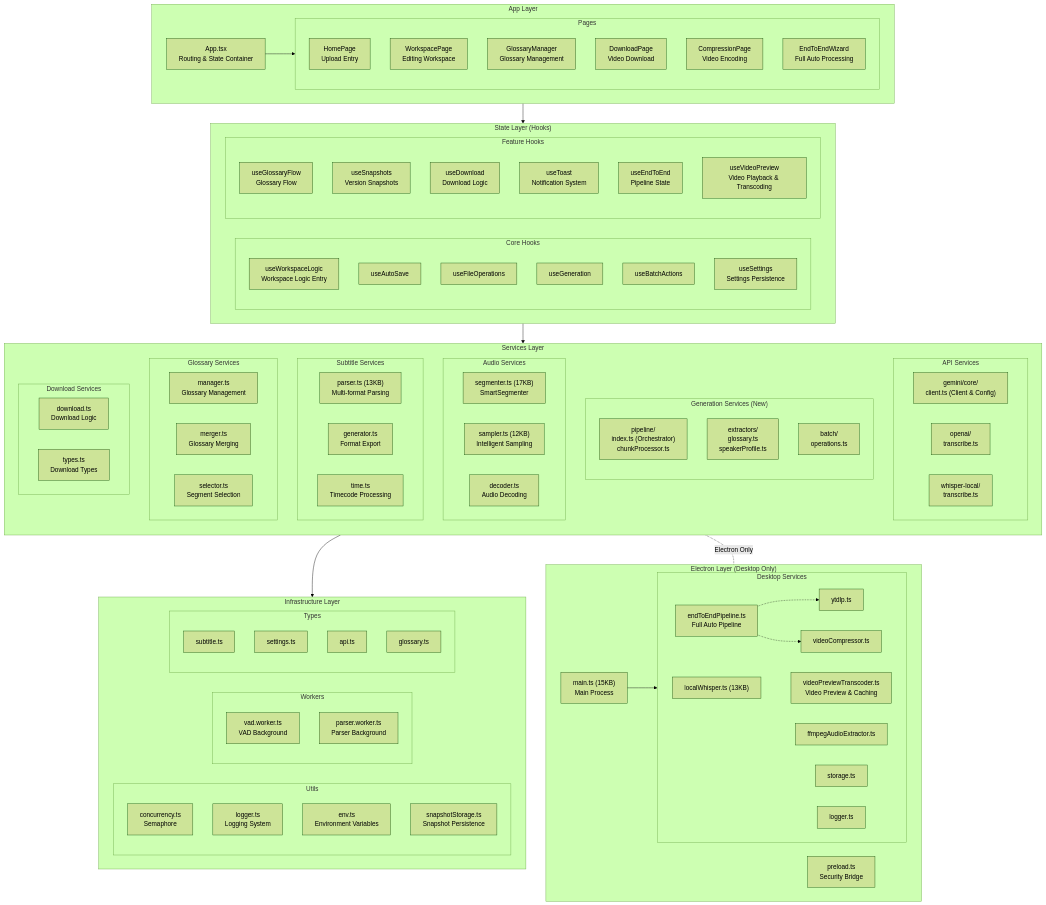
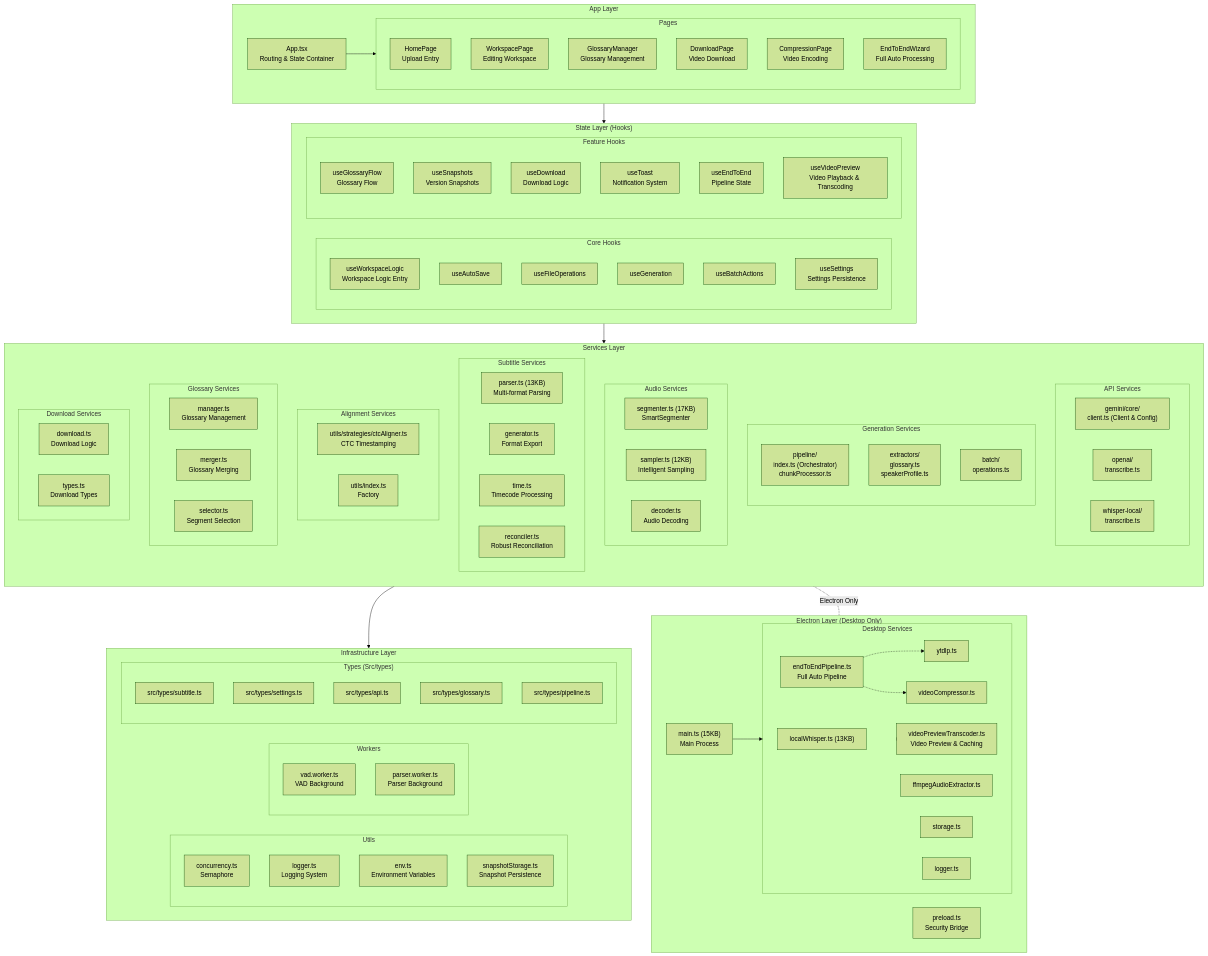
The second of 15 diagrams in docs/ARCHITECTURE.md (corvo007/Gemini-Subtitle-Pro), drawn with Mermaid (forest theme) before and after one commit. The commit also changed other lines of this file and 3 other files, not shown here.

First line of the commit message:
docs: update architecture with reconciler and CTC aligner

```diff
--- a/docs/ARCHITECTURE.md
+++ b/docs/ARCHITECTURE.md
@@ -183,7 +183,7 @@
             WHISPER_SVC["whisper-local/<br/>transcribe.ts"]
         end
 
-        subgraph GENERATION_SVC["Generation Services (New)"]
+        subgraph GENERATION_SVC["Generation Services"]
             direction TB
             PIPELINE["pipeline/<br/>index.ts (Orchestrator)<br/>chunkProcessor.ts"]
             EXTRACTORS["extractors/<br/>glossary.ts<br/>speakerProfile.ts"]
@@ -202,6 +202,13 @@
             PARSER_SVC["parser.ts (13KB)<br/>Multi-format Parsing"]
             GENERATOR_SVC["generator.ts<br/>Format Export"]
             TIME_SVC["time.ts<br/>Timecode Processing"]
+            RECONCILER_SVC["reconciler.ts<br/>Robust Reconciliation"]
+        end
+
+        subgraph ALIGNMENT_SVC["Alignment Services"]
+            direction LR
+            AL_STRATEGY["utils/strategies/ctcAligner.ts<br/>CTC Timestamping"]
+            AL_IDX["utils/index.ts<br/>Factory"]
         end
 
         subgraph GLOSSARY_SVC["Glossary Services"]
@@ -233,11 +240,12 @@
             PARSER_WORKER["parser.worker.ts<br/>Parser Background"]
         end
 
-        subgraph TYPES_GROUP["Types"]
-            SUBTITLE_TYPE["subtitle.ts"]
-            SETTINGS_TYPE["settings.ts"]
-            API_TYPE["api.ts"]
-            GLOSSARY_TYPE["glossary.ts"]
+        subgraph TYPES_GROUP["Types (Src/types)"]
+            SUBTITLE_TYPE["src/types/subtitle.ts"]
+            SETTINGS_TYPE["src/types/settings.ts"]
+            API_TYPE["src/types/api.ts"]
+            GLOSSARY_TYPE["src/types/glossary.ts"]
+            PIPELINE_TYPE["src/types/pipeline.ts"]
         end
     end
 
```
